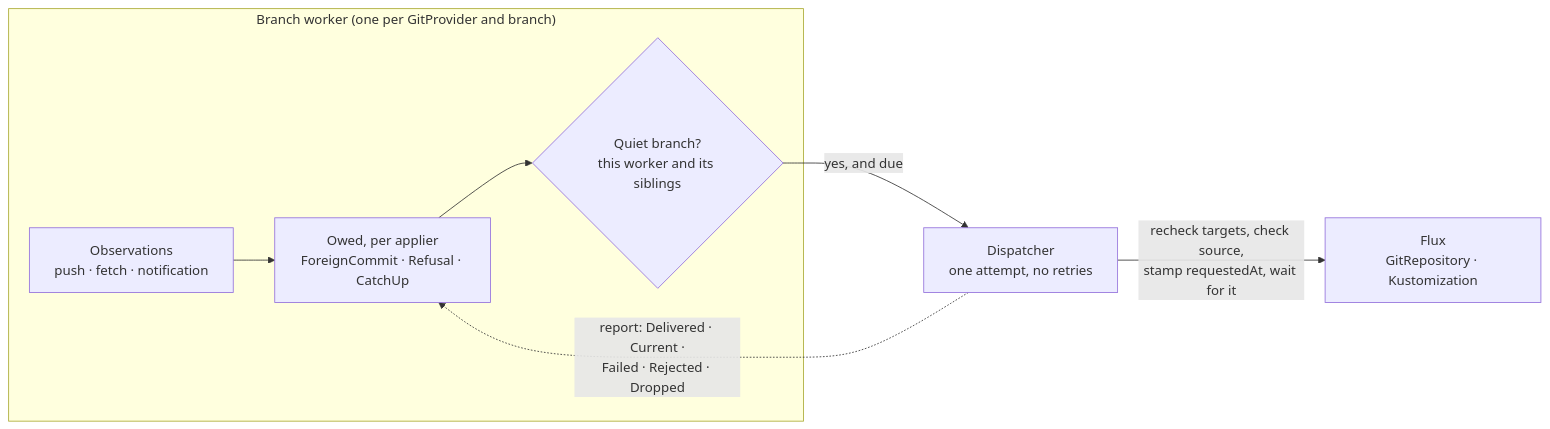
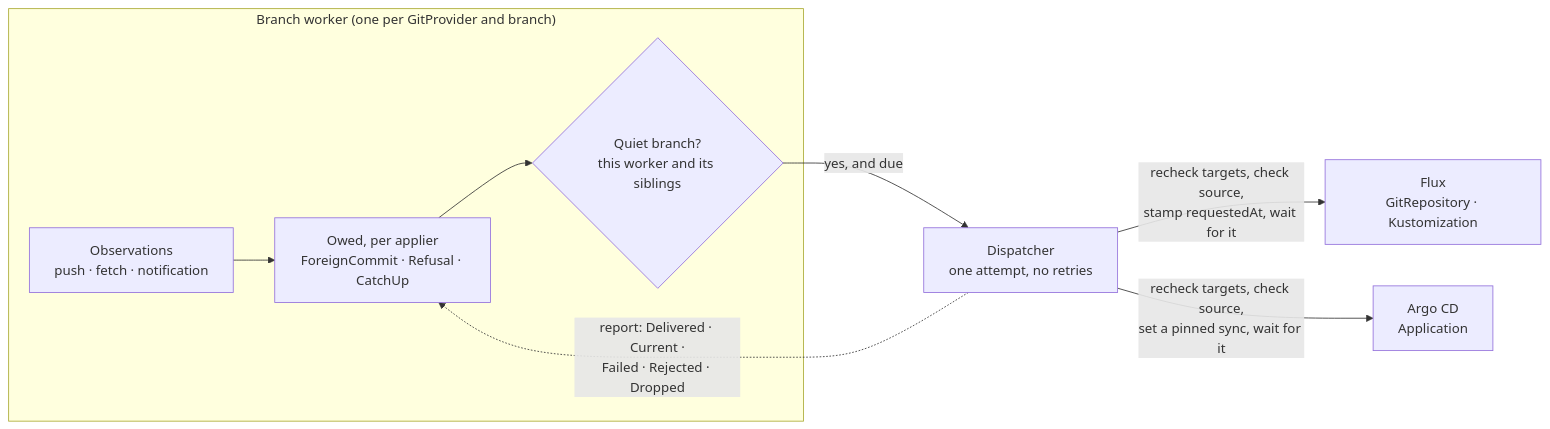
The diagram in docs/design/apply-trigger.md (ConfigButler/gitops-reverser), drawn with Mermaid before and after one commit. The commit also changed other lines of this file and 23 other files, not shown here.

First line of the commit message:
feat(controller): check an Argo CD applier, grant its RBAC, and document it

````diff
--- a/docs/design/apply-trigger.md
+++ b/docs/design/apply-trigger.md
@@ -96,15 +97,17 @@
 ```mermaid
 flowchart LR
     subgraph WORKER["Branch worker (one per GitProvider and branch)"]
         OBS["Observations<br/>push · fetch · notification"]
         OWE["Owed, per applier<br/>ForeignCommit · Refusal · CatchUp"]
         QUIET{"Quiet branch?<br/>this worker and its siblings"}
     end
     EXEC["Dispatcher<br/>one attempt, no retries"]
     FLUX["Flux<br/>GitRepository · Kustomization"]
+    ARGO["Argo CD<br/>Application"]
 
     OBS --> OWE --> QUIET
     QUIET -- "yes, and due" --> EXEC
     EXEC -- "recheck targets, check source,<br/>stamp requestedAt, wait for it" --> FLUX
+    EXEC -- "recheck targets, check source,<br/>set a pinned sync, wait for it" --> ARGO
     EXEC -. "report: Delivered · Current ·<br/>Failed · Rejected · Dropped" .-> OWE
 ```
````
